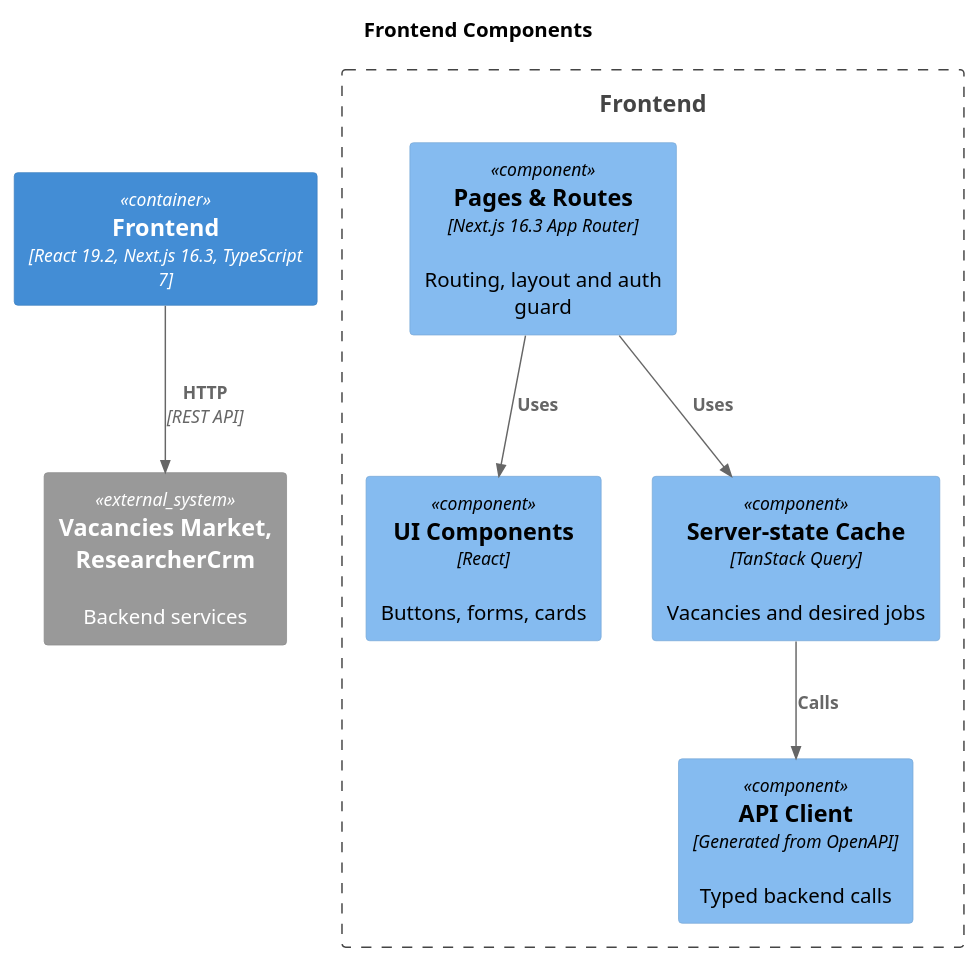
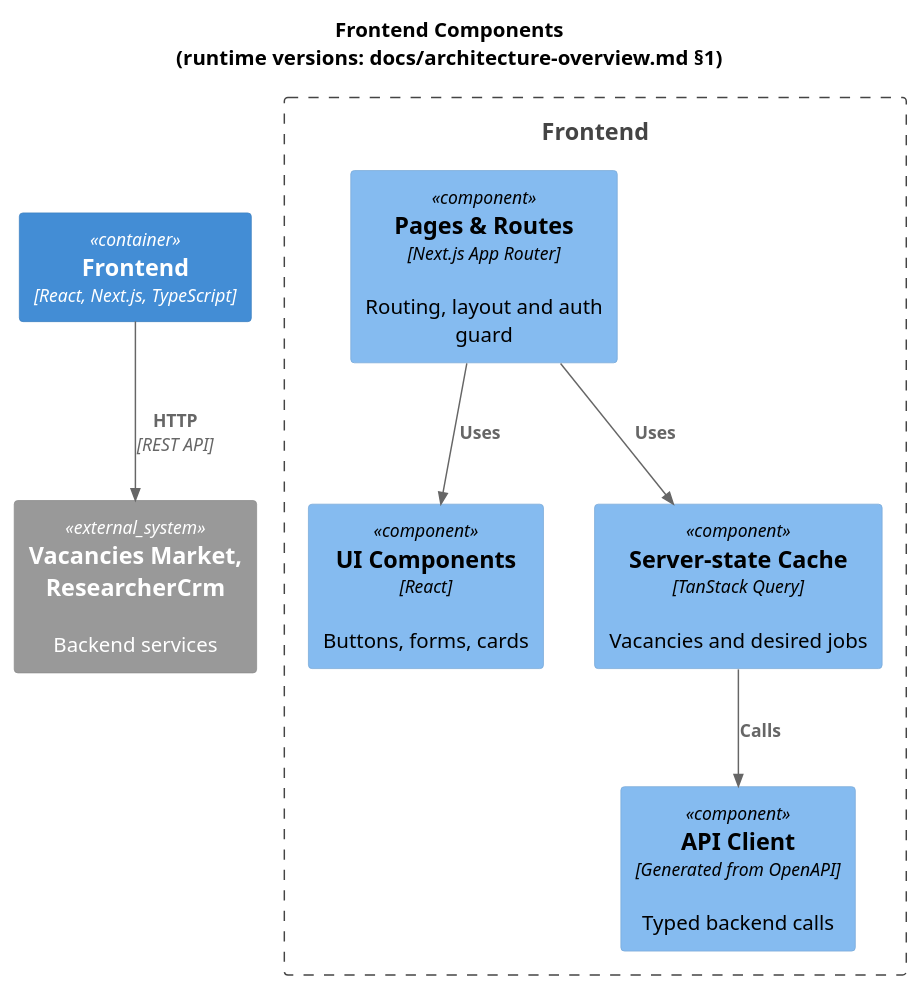
The diagram in docs/c4/components-frontend.puml (AIJobResearcher/docs), drawn with PlantUML before and after one commit. The commit also changed 16 other files, not shown here.

```diff
--- a/docs/c4/components-frontend.puml
+++ b/docs/c4/components-frontend.puml
@@ -1,23 +1,23 @@
 @startuml
 !include https://raw.githubusercontent.com/plantuml-stdlib/C4-PlantUML/master/C4_Component.puml
 
-title Frontend Components
+title Frontend Components\n(runtime versions: docs/architecture-overview.md §1)
 
-Container(frontend, "Frontend", "React 19.2, Next.js 16.3, TypeScript 7")
+Container(frontend, "Frontend", "React, Next.js, TypeScript")
 
 Boundary(frontend_boundary, "Frontend") {
-    Component(pages, "Pages & Routes", "Next.js 16.3 App Router", "Routing, layout and auth guard")
+    Component(pages, "Pages & Routes", "Next.js App Router", "Routing, layout and auth guard")
     Component(components, "UI Components", "React", "Buttons, forms, cards")
     Component(server_state, "Server-state Cache", "TanStack Query", "Vacancies and desired jobs")
     Component(api_client, "API Client", "Generated from OpenAPI", "Typed backend calls")
 
     Rel(pages, components, "Uses")
     Rel(pages, server_state, "Uses")
     Rel(server_state, api_client, "Calls")
 }
 
 System_Ext(backend, "Vacancies Market, ResearcherCrm", "Backend services")
 
 Rel(frontend, backend, "HTTP", "REST API")
 
 @enduml
```
